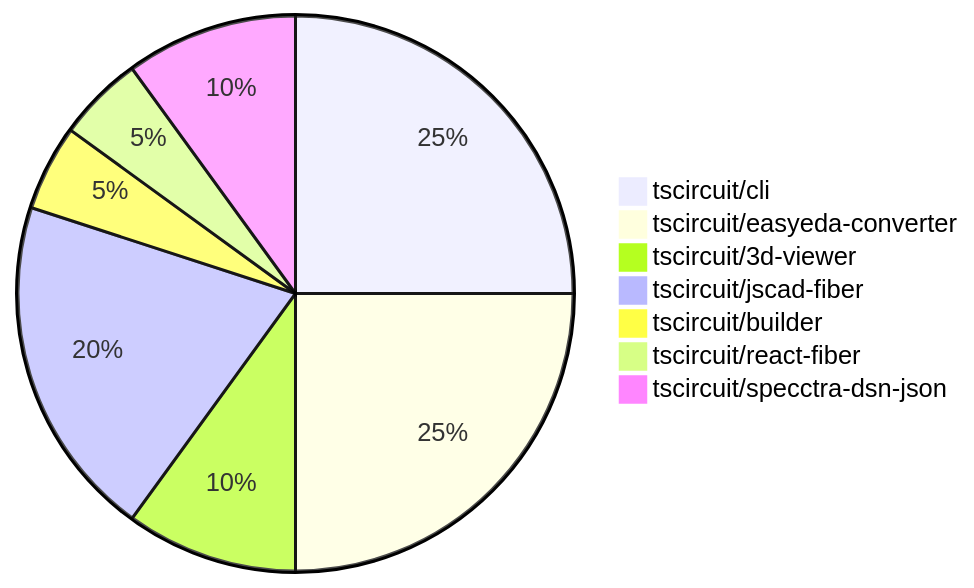
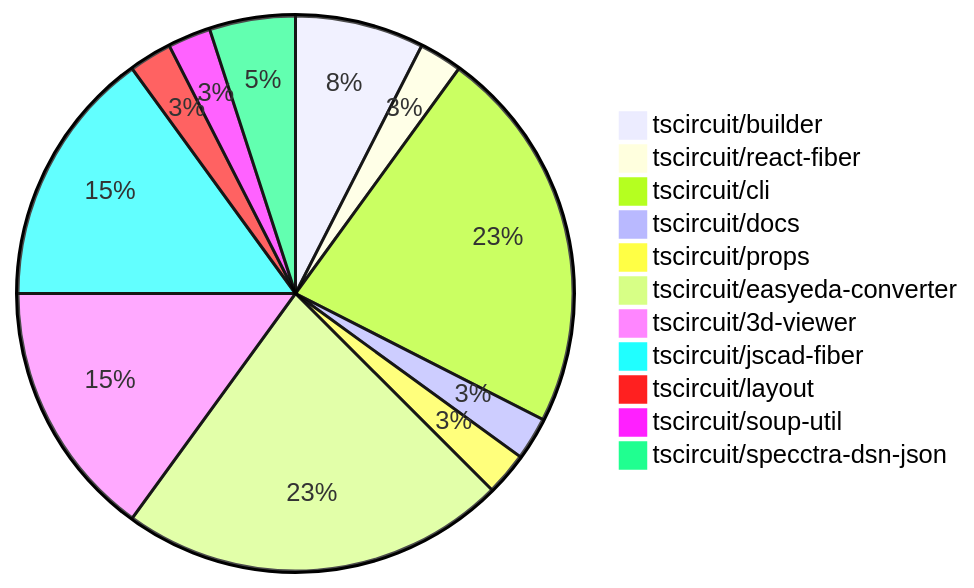
The diagram in README.md (tscircuit/contribution-tracker), drawn with Mermaid before and after one commit. The commit also changed other lines of this file and 1 other file, not shown here.

````diff
--- a/README.md
+++ b/README.md
@@ -24,10 +24,14 @@
 ```mermaid
 pie
-    "tscircuit/cli" : 5
-    "tscircuit/easyeda-converter" : 5
-    "tscircuit/3d-viewer" : 2
-    "tscircuit/jscad-fiber" : 4
-    "tscircuit/builder" : 1
+    "tscircuit/builder" : 3
     "tscircuit/react-fiber" : 1
+    "tscircuit/cli" : 9
+    "tscircuit/docs" : 1
+    "tscircuit/props" : 1
+    "tscircuit/easyeda-converter" : 9
+    "tscircuit/3d-viewer" : 6
+    "tscircuit/jscad-fiber" : 6
+    "tscircuit/layout" : 1
+    "tscircuit/soup-util" : 1
     "tscircuit/specctra-dsn-json" : 2
 ```
````
